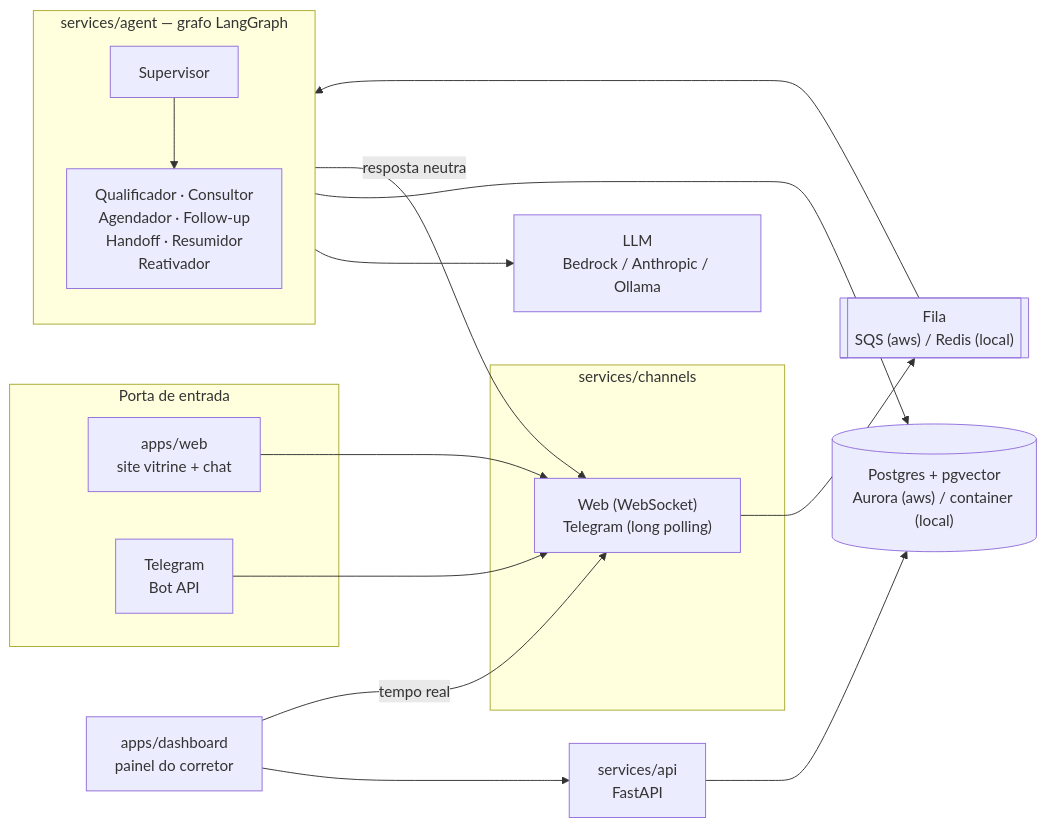
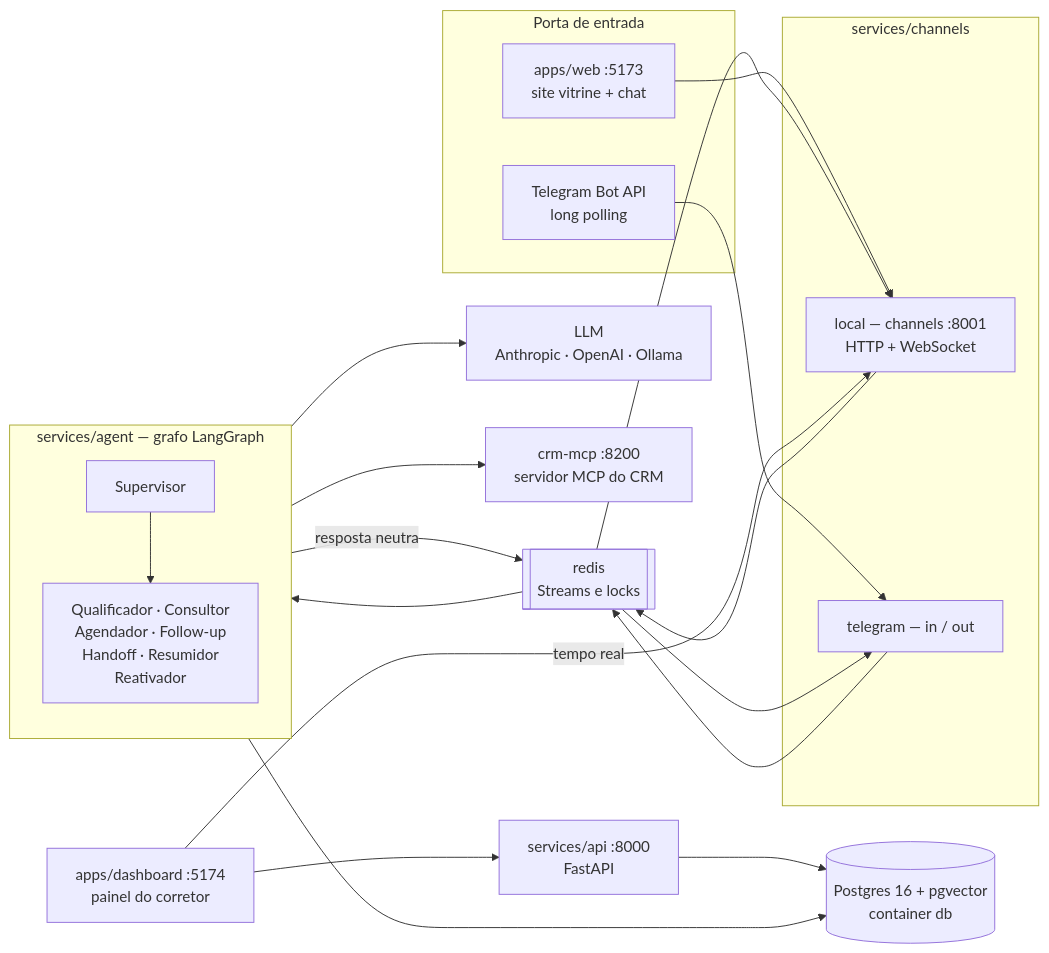
The diagram in docs/architecture/index.md (marcosvrc/agent-sdr-imoveis-mora), drawn with Mermaid before and after one commit. The commit also changed other lines of this file and 188 other files, not shown here.

First line of the commit message:
Telegram como único canal externo e a entrega inteira local

````diff
--- a/docs/architecture/index.md
+++ b/docs/architecture/index.md
@@ -28,34 +34,41 @@
 ```mermaid
 flowchart LR
   subgraph Entrada["Porta de entrada"]
-    SITE["apps/web<br/>site vitrine + chat"]
-    TG["Telegram<br/>Bot API"]
+    SITE["apps/web :5173<br/>site vitrine + chat"]
+    TG["Telegram Bot API<br/>long polling"]
   end
 
   subgraph Canais["services/channels"]
-    CH["Web (WebSocket)<br/>Telegram (long polling)"]
+    CH["local — channels :8001<br/>HTTP + WebSocket"]
+    TGW["telegram — in / out"]
   end
 
-  Q[["Fila<br/>SQS (aws) / Redis (local)"]]
+  Q[["redis<br/>Streams e locks"]]
 
   subgraph Agente["services/agent — grafo LangGraph"]
     SUP["Supervisor"]
     NODES["Qualificador · Consultor<br/>Agendador · Follow-up<br/>Handoff · Resumidor<br/>Reativador"]
     SUP --> NODES
   end
 
-  LLM["LLM<br/>Bedrock / Anthropic / Ollama"]
-  DB[("Postgres + pgvector<br/>Aurora (aws) / container (local)")]
-  API["services/api<br/>FastAPI"]
-  DASH["apps/dashboard<br/>painel do corretor"]
+  LLM["LLM<br/>Anthropic · OpenAI · Ollama"]
+  DB[("Postgres 16 + pgvector<br/>container db")]
+  CRM["crm-mcp :8200<br/>servidor MCP do CRM"]
+  API["services/api :8000<br/>FastAPI"]
+  DASH["apps/dashboard :5174<br/>painel do corretor"]
 
   SITE --> CH
-  TG --> CH
-  CH --> Q --> Agente
+  TG --> TGW
+  CH --> Q
+  TGW --> Q
+  Q --> Agente
   Agente --> LLM
   Agente --> DB
-  Agente -->|resposta neutra| CH
+  Agente --> CRM
+  Agente -->|resposta neutra| Q
+  Q --> CH
+  Q --> TGW
   API --> DB
   DASH --> API
   DASH -->|tempo real| CH
 ```
````
